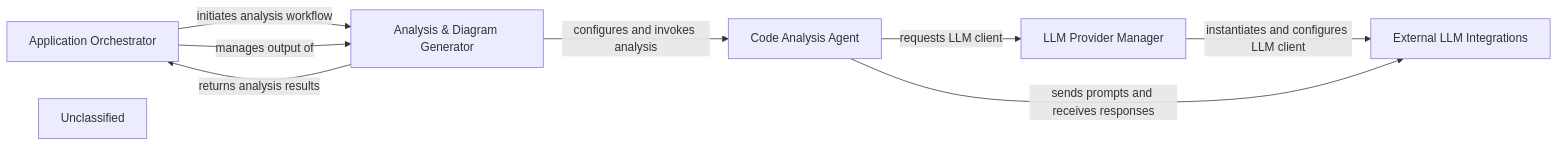
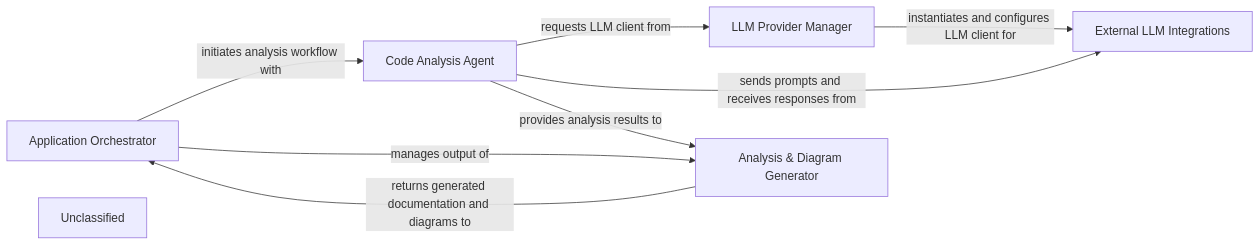
The diagram in .codeboarding/LLM_Provider_Gateway.md (CodeBoarding/CodeBoarding), drawn with Mermaid before and after one commit. The commit also changed other lines of this file and 17 other files, not shown here.

First line of the commit message:
docs: update codeboarding documentation and generate architecture

````diff
--- a/.codeboarding/LLM_Provider_Gateway.md
+++ b/.codeboarding/LLM_Provider_Gateway.md
@@ -1,17 +1,17 @@
 ```mermaid
 graph LR
     Application_Orchestrator["Application Orchestrator"]
+    Code_Analysis_Agent["Code Analysis Agent"]
     Analysis_Diagram_Generator["Analysis & Diagram Generator"]
-    Code_Analysis_Agent["Code Analysis Agent"]
     LLM_Provider_Manager["LLM Provider Manager"]
     External_LLM_Integrations["External LLM Integrations"]
     Unclassified["Unclassified"]
-    Application_Orchestrator -- "initiates analysis workflow" --> Analysis_Diagram_Generator
+    Application_Orchestrator -- "initiates analysis workflow with" --> Code_Analysis_Agent
     Application_Orchestrator -- "manages output of" --> Analysis_Diagram_Generator
-    Analysis_Diagram_Generator -- "configures and invokes analysis" --> Code_Analysis_Agent
-    Code_Analysis_Agent -- "requests LLM client" --> LLM_Provider_Manager
-    LLM_Provider_Manager -- "instantiates and configures LLM client" --> External_LLM_Integrations
-    Code_Analysis_Agent -- "sends prompts and receives responses" --> External_LLM_Integrations
-    Analysis_Diagram_Generator -- "returns analysis results" --> Application_Orchestrator
+    Code_Analysis_Agent -- "requests LLM client from" --> LLM_Provider_Manager
+    LLM_Provider_Manager -- "instantiates and configures LLM client for" --> External_LLM_Integrations
+    Code_Analysis_Agent -- "sends prompts and receives responses from" --> External_LLM_Integrations
+    Code_Analysis_Agent -- "provides analysis results to" --> Analysis_Diagram_Generator
+    Analysis_Diagram_Generator -- "returns generated documentation and diagrams to" --> Application_Orchestrator
     click Application_Orchestrator href "https://github.com/CodeBoarding/CodeBoarding/blob/main/.codeboarding/Application_Orchestrator.md" "Details"
 ```
````
